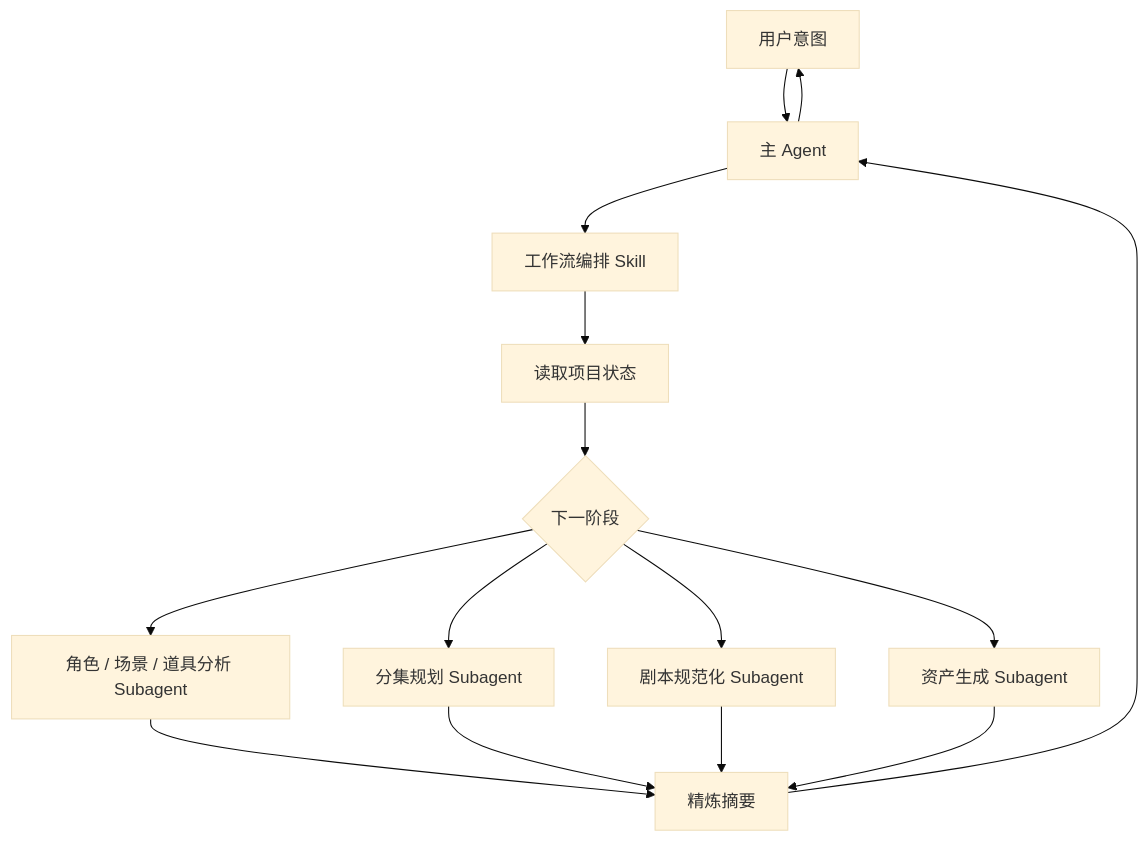
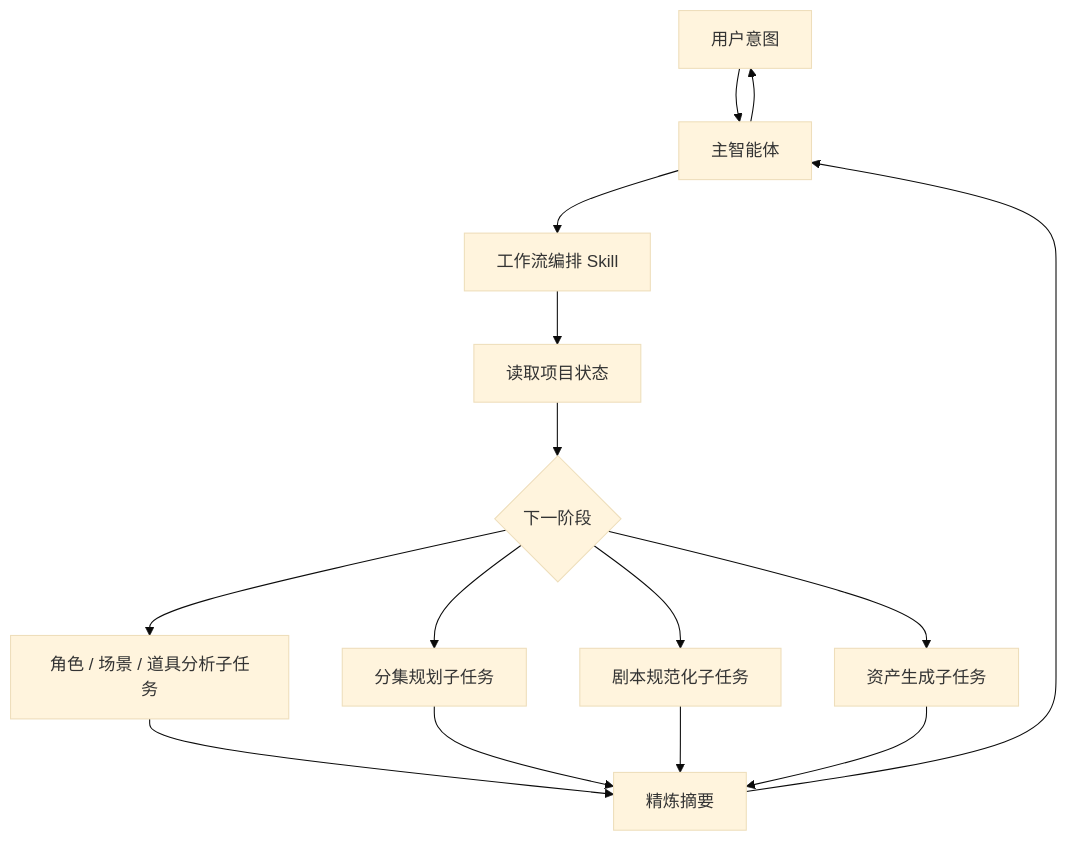
The second of 3 diagrams in website/docs/dev/architecture.md (ArcReel/ArcReel), drawn with Mermaid (base theme) before and after one commit. The commit also changed other lines of this file and 220 other files, not shown here.

````diff
--- a/website/docs/dev/architecture.md
+++ b/website/docs/dev/architecture.md
@@ -94,17 +94,17 @@
 ```mermaid
 flowchart TD
-    U["用户意图"] --> MAIN["主 Agent"]
+    U["用户意图"] --> MAIN["主智能体"]
     MAIN --> SKILL["工作流编排 Skill"]
     SKILL --> STATE["读取项目状态"]
     STATE --> DECIDE{"下一阶段"}
-    DECIDE --> A["角色 / 场景 / 道具分析 Subagent"]
-    DECIDE --> B["分集规划 Subagent"]
-    DECIDE --> C["剧本规范化 Subagent"]
-    DECIDE --> D["资产生成 Subagent"]
+    DECIDE --> A["角色 / 场景 / 道具分析子任务"]
+    DECIDE --> B["分集规划子任务"]
+    DECIDE --> C["剧本规范化子任务"]
+    DECIDE --> D["资产生成子任务"]
     A --> SUMMARY["精炼摘要"]
     B --> SUMMARY
     C --> SUMMARY
     D --> SUMMARY
     SUMMARY --> MAIN
     MAIN --> U
 ```
````
